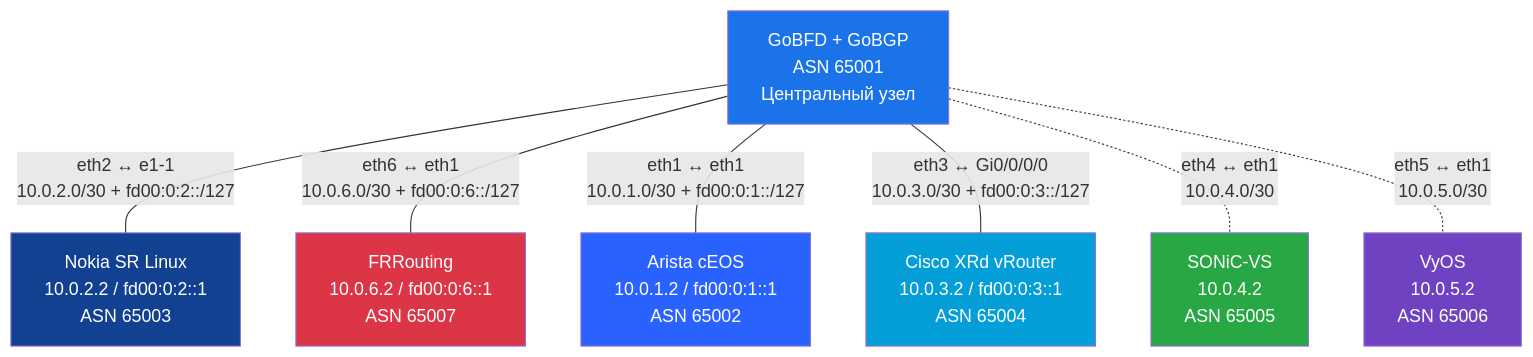
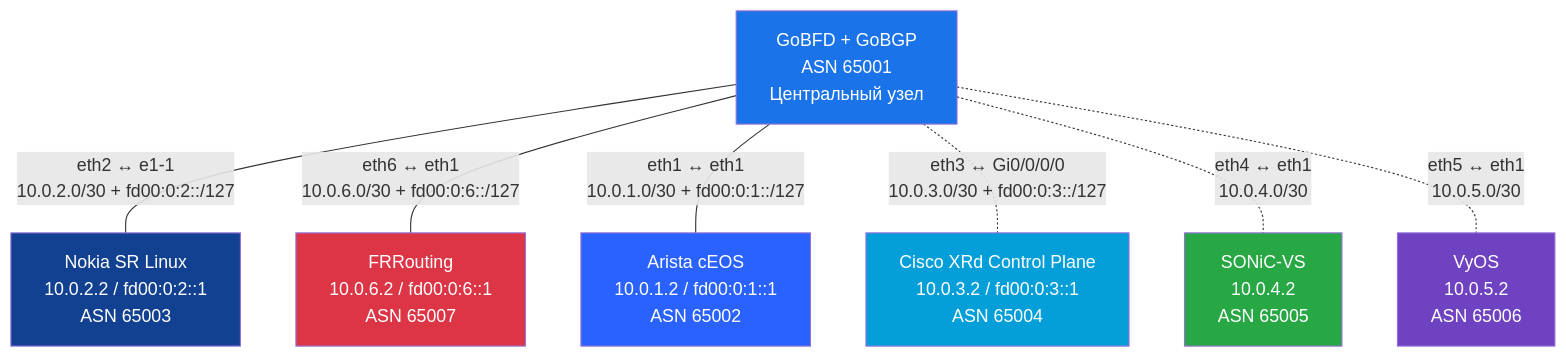
One commit to dantte-lp/gobfd changed the fifth of 5 diagrams in docs/ru/05-interop.md. Above: the diagram before and after it, drawn with Mermaid. The commit also changed other lines of this file and 83 other files, not shown here.

````diff
--- a/docs/ru/05-interop.md
+++ b/docs/ru/05-interop.md
@@ -350,26 +350,26 @@
 ```mermaid
 graph TD
     GOBFD["GoBFD + GoBGP<br/>ASN 65001<br/>Центральный узел"]
 
     NOKIA["Nokia SR Linux<br/>10.0.2.2 / fd00:0:2::1<br/>ASN 65003"]
     FRR["FRRouting<br/>10.0.6.2 / fd00:0:6::1<br/>ASN 65007"]
     ARISTA["Arista cEOS<br/>10.0.1.2 / fd00:0:1::1<br/>ASN 65002"]
-    CISCO["Cisco XRd vRouter<br/>10.0.3.2 / fd00:0:3::1<br/>ASN 65004"]
+    CISCO["Cisco XRd Control Plane<br/>10.0.3.2 / fd00:0:3::1<br/>ASN 65004"]
     SONIC["SONiC-VS<br/>10.0.4.2<br/>ASN 65005"]
     VYOS["VyOS<br/>10.0.5.2<br/>ASN 65006"]
 
     GOBFD ---|"eth2 ↔ e1-1<br/>10.0.2.0/30 + fd00:0:2::/127"| NOKIA
     GOBFD ---|"eth6 ↔ eth1<br/>10.0.6.0/30 + fd00:0:6::/127"| FRR
     GOBFD ---|"eth1 ↔ eth1<br/>10.0.1.0/30 + fd00:0:1::/127"| ARISTA
-    GOBFD ---|"eth3 ↔ Gi0/0/0/0<br/>10.0.3.0/30 + fd00:0:3::/127"| CISCO
+    GOBFD -.-|"eth3 ↔ Gi0/0/0/0<br/>10.0.3.0/30 + fd00:0:3::/127"| CISCO
     GOBFD -.-|"eth4 ↔ eth1<br/>10.0.4.0/30"| SONIC
     GOBFD -.-|"eth5 ↔ eth1<br/>10.0.5.0/30"| VYOS
 
     style GOBFD fill:#1a73e8,color:#fff
     style NOKIA fill:#124191,color:#fff
     style FRR fill:#dc3545,color:#fff
     style ARISTA fill:#2962FF,color:#fff
     style CISCO fill:#049FD9,color:#fff
     style SONIC fill:#28a745,color:#fff
     style VYOS fill:#6f42c1,color:#fff
 ```
````
